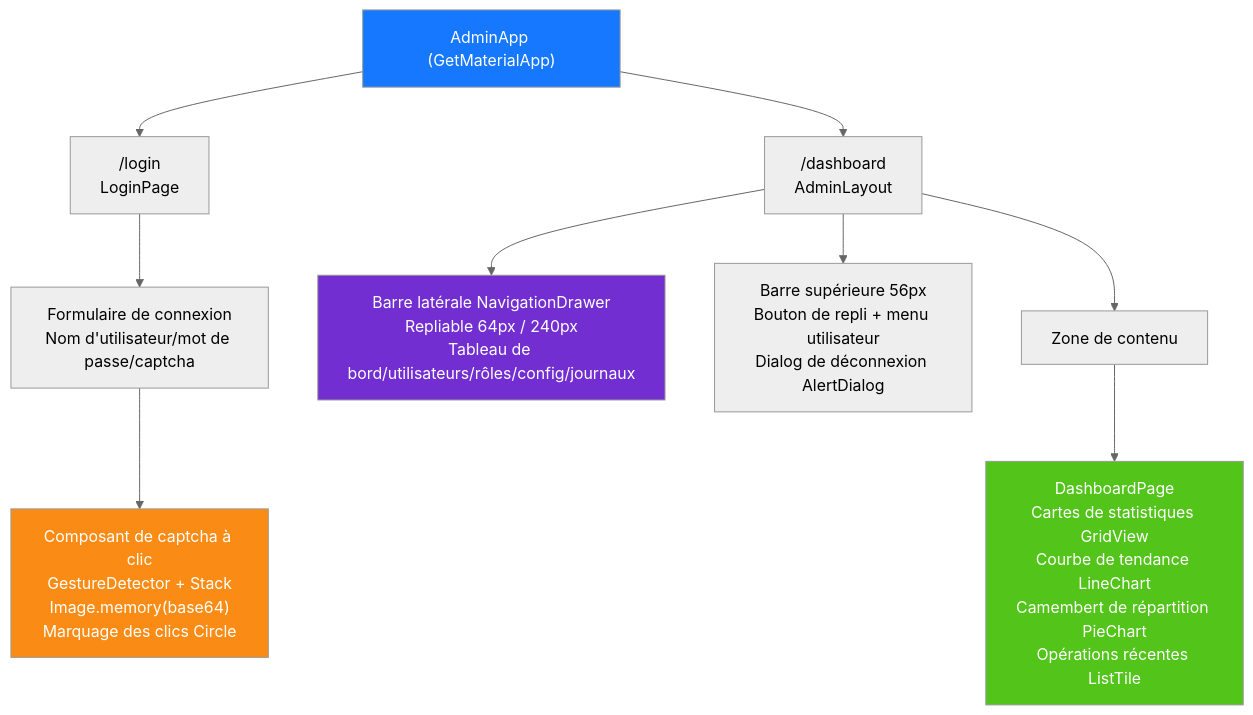
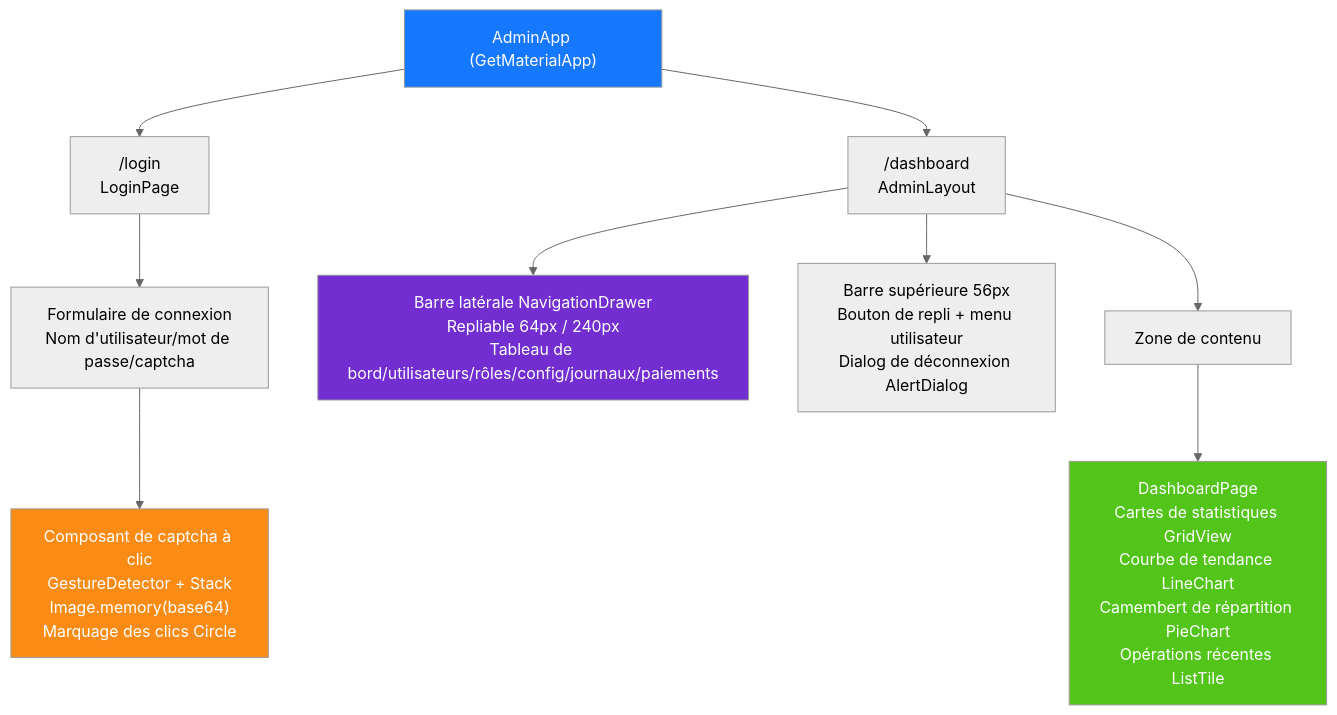
One commit to erikwang2013/game-platform-php changed diagram 11 of 14 in admin/docs/ARCHITECTURE.fr.md. Above: the diagram before and after it, drawn with Mermaid (neutral theme). The commit also changed other lines of this file and 195 other files, not shown here.

````diff
--- a/admin/docs/ARCHITECTURE.fr.md
+++ b/admin/docs/ARCHITECTURE.fr.md
@@ -562,19 +562,19 @@
 ```mermaid
 flowchart TD
     APP["AdminApp (GetMaterialApp)"]
     APP --> LP["/login<br/>LoginPage"]
     APP --> DB["/dashboard<br/>AdminLayout"]
 
     LP --> LF["Formulaire de connexion<br/>Nom d'utilisateur/mot de passe/captcha"]
     LF --> CAPTCHA["Composant de captcha à clic<br/>GestureDetector + Stack<br/>Image.memory(base64)<br/>Marquage des clics Circle"]
 
-    DB --> SIDEBAR["Barre latérale NavigationDrawer<br/>Repliable 64px / 240px<br/>Tableau de bord/utilisateurs/rôles/config/journaux"]
+    DB --> SIDEBAR["Barre latérale NavigationDrawer<br/>Repliable 64px / 240px<br/>Tableau de bord/utilisateurs/rôles/config/journaux/paiements"]
     DB --> HEADER["Barre supérieure 56px<br/>Bouton de repli + menu utilisateur<br/>Dialog de déconnexion AlertDialog"]
     DB --> CONTENT["Zone de contenu"]
     CONTENT --> DASH["DashboardPage<br/>Cartes de statistiques GridView<br/>Courbe de tendance LineChart<br/>Camembert de répartition PieChart<br/>Opérations récentes ListTile"]
 
     style APP fill:#1677FF,color:#fff
     style CAPTCHA fill:#FA8C16,color:#fff
     style SIDEBAR fill:#722ED1,color:#fff
     style DASH fill:#52C41A,color:#fff
 ```
````
